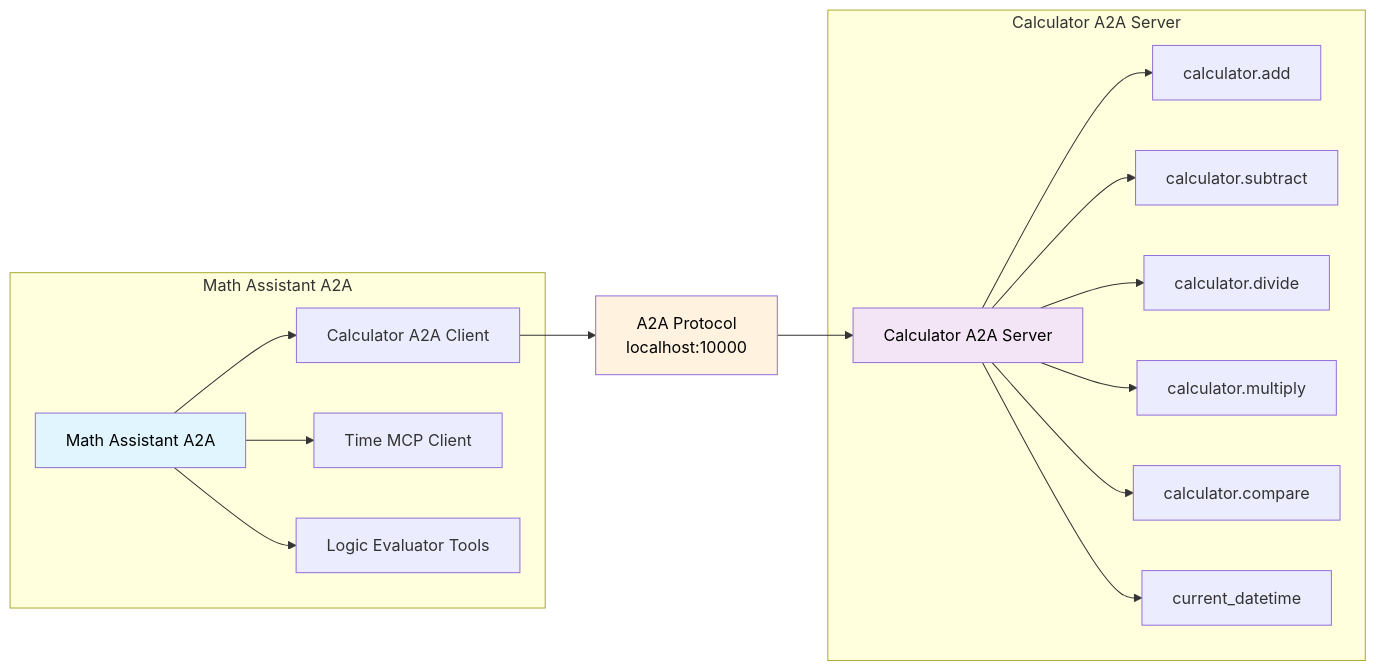
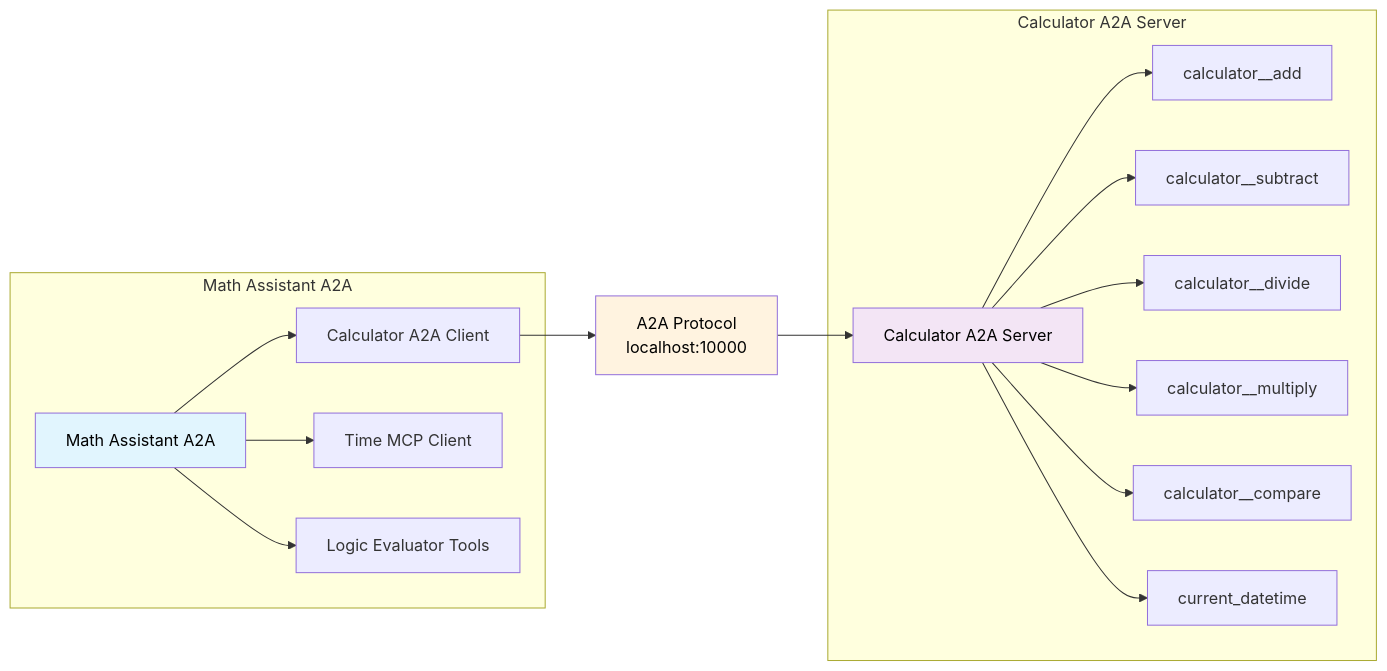
The diagram in examples/A2A/math_assistant_a2a/README.md (yifei-gpt/NeMo-Agent-Toolkit), drawn with Mermaid before and after one commit. The commit also changed 37 other files, not shown here.

````diff
--- a/examples/A2A/math_assistant_a2a/README.md
+++ b/examples/A2A/math_assistant_a2a/README.md
@@ -31,25 +31,25 @@
 ```mermaid
 flowchart LR
     subgraph "Math Assistant A2A"
         CC[Math Assistant A2A]
         CC --> CTA[Calculator A2A Client]
         CC --> CTM[Time MCP Client]
         CC --> CLE[Logic Evaluator Tools]
     end
 
     CTA --> AP[A2A Protocol<br/>localhost:10000]
     AP --> CS[Calculator A2A Server]
 
     subgraph "Calculator A2A Server"
-        CS --> CA[calculator.add]
-        CS --> CSUB[calculator.subtract]
-        CS --> CDIV[calculator.divide]
-        CS --> CMUL[calculator.multiply]
-        CS --> CCMP[calculator.compare]
+        CS --> CA[calculator__add]
+        CS --> CSUB[calculator__subtract]
+        CS --> CDIV[calculator__divide]
+        CS --> CMUL[calculator__multiply]
+        CS --> CCMP[calculator__compare]
         CS --> CDT[current_datetime]
     end
 
     style CC fill:#e1f5fe,color:#000
     style CS fill:#f3e5f5,color:#000
     style AP fill:#fff3e0,color:#000
 ```
````
